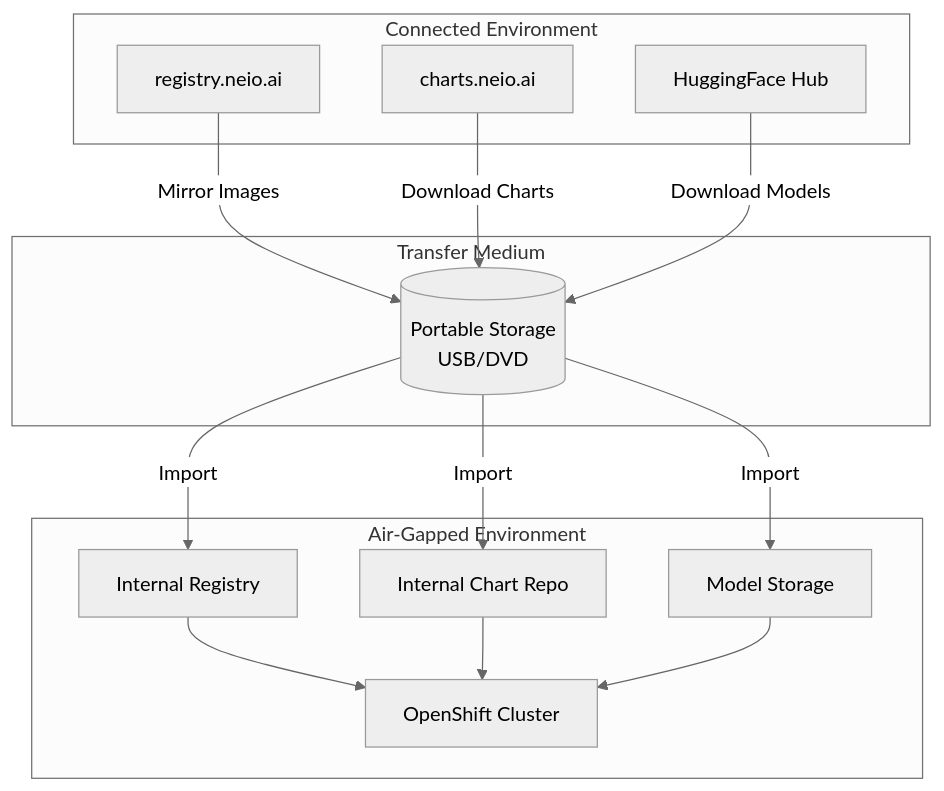
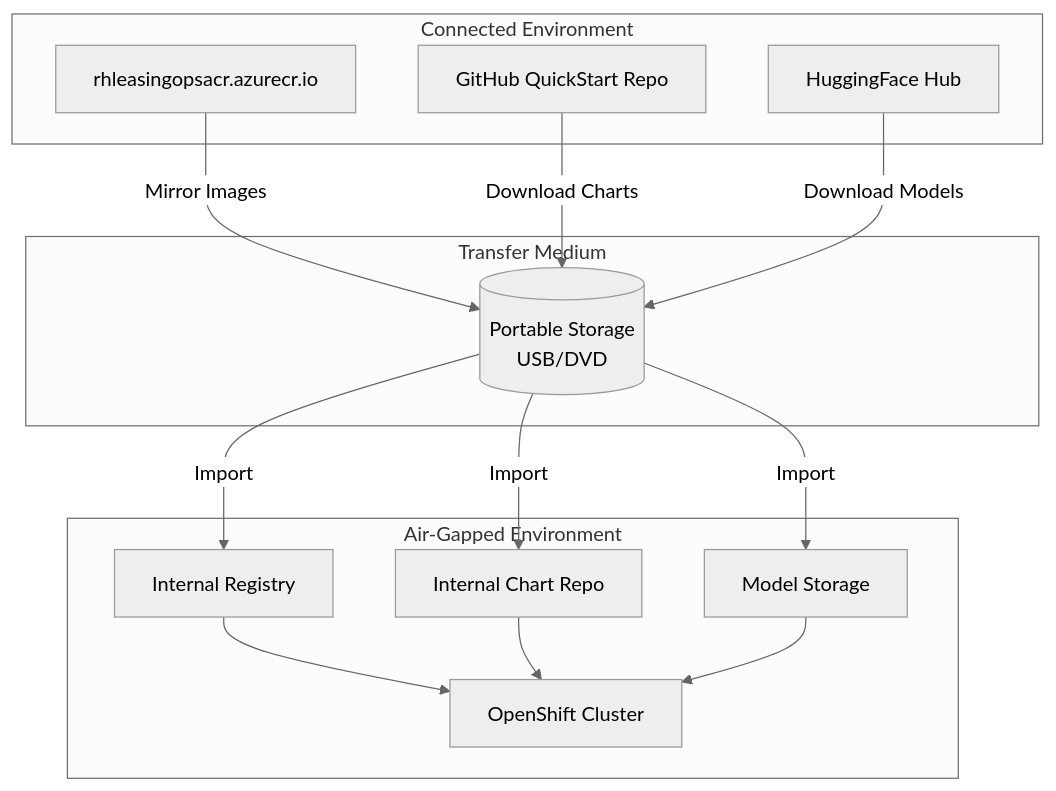
The diagram in docs/AIRGAPPED.md (rh-ai-quickstart/Agentic-Lease-Management-and-Reconciliation-with-Codvo), drawn with Mermaid (neutral theme) before and after one commit. The commit also changed other lines of this file and 5 other files, not shown here.

First line of the commit message:
fix(docs): replace all dead URLs with correct registry and chart paths

````diff
--- a/docs/AIRGAPPED.md
+++ b/docs/AIRGAPPED.md
@@ -27,31 +27,31 @@
 ```mermaid
 graph TB
     subgraph "Connected Environment"
-        NEIO_REG[registry.neio.ai]
-        HELM_REPO[charts.neio.ai]
+        NEIO_REG[rhleasingopsacr.azurecr.io]
+        HELM_REPO[GitHub QuickStart Repo]
         MODEL_HUB[HuggingFace Hub]
     end
 
     subgraph "Transfer Medium"
         PORTABLE[(Portable Storage<br/>USB/DVD)]
     end
 
     subgraph "Air-Gapped Environment"
         INT_REG[Internal Registry]
         INT_CHARTS[Internal Chart Repo]
         INT_MODELS[Model Storage]
         OCP[OpenShift Cluster]
     end
 
     NEIO_REG -->|Mirror Images| PORTABLE
     HELM_REPO -->|Download Charts| PORTABLE
     MODEL_HUB -->|Download Models| PORTABLE
 
     PORTABLE -->|Import| INT_REG
     PORTABLE -->|Import| INT_CHARTS
     PORTABLE -->|Import| INT_MODELS
 
     INT_REG --> OCP
     INT_CHARTS --> OCP
     INT_MODELS --> OCP
 ```
````
